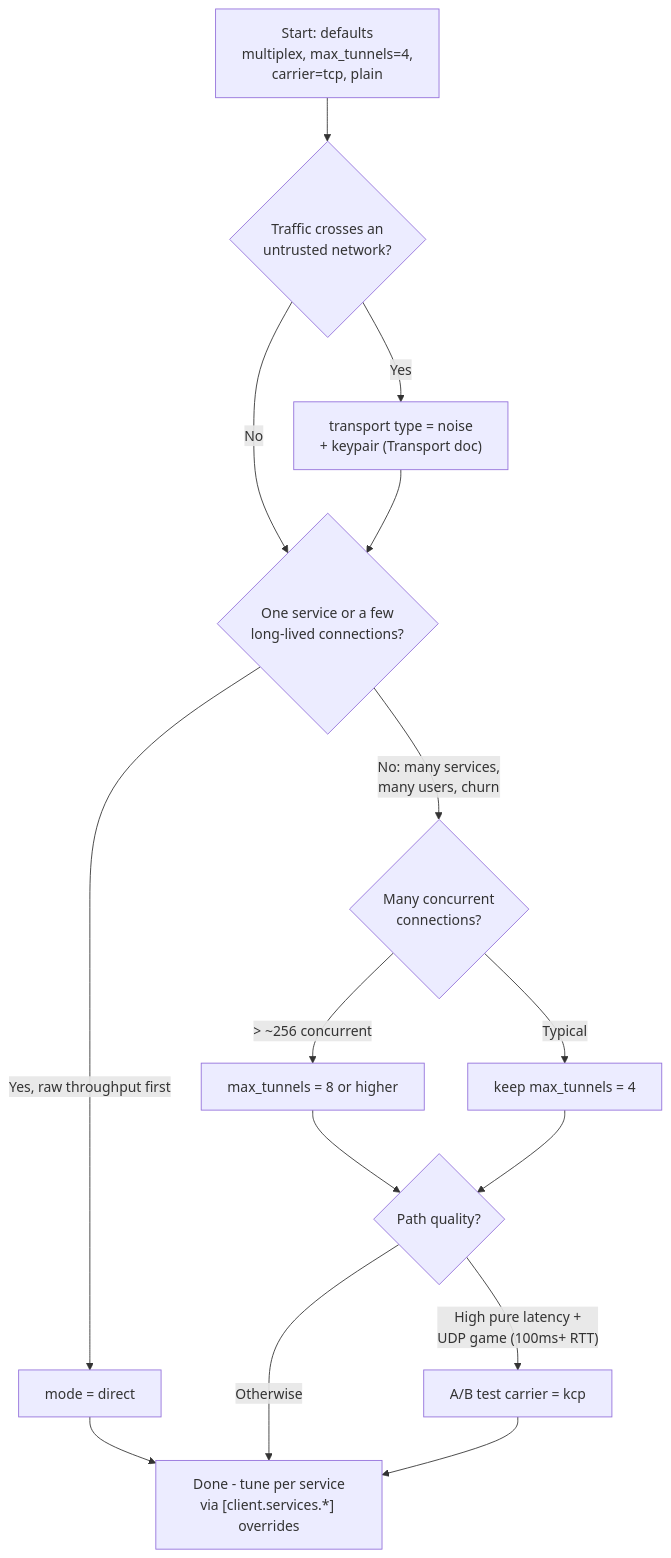
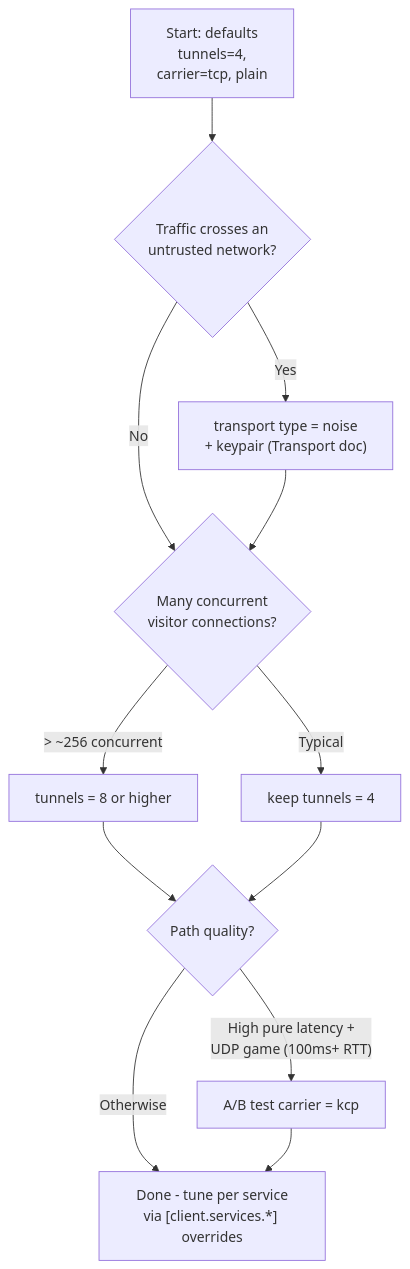
The diagram in docs/configuration.md (NIyueeE/molehill), drawn with Mermaid before and after one commit. The commit also changed other lines of this file and 42 other files, not shown here.

First line of the commit message:
feat(config)!: the pool is pinned, and a claim's flows spread over its members

````diff
--- a/docs/configuration.md
+++ b/docs/configuration.md
@@ -137,17 +160,14 @@
 ```mermaid
 flowchart TD
-    A["Start: defaults<br/>multiplex, max_tunnels=4,<br/>carrier=tcp, plain"] --> B{"Traffic crosses an<br/>untrusted network?"}
+    A["Start: defaults<br/>tunnels=4,<br/>carrier=tcp, plain"] --> B{"Traffic crosses an<br/>untrusted network?"}
     B -- Yes --> C["transport type = noise<br/>+ keypair (Transport doc)"]
-    B -- No --> D{"One service or a few<br/>long-lived connections?"}
+    B -- No --> D{"Many concurrent<br/>visitor connections?"}
     C --> D
-    D -- "Yes, raw throughput first" --> E["mode = direct"]
-    D -- "No: many services,<br/>many users, churn" --> F{"Many concurrent<br/>connections?"}
-    E --> Z["Done - tune per service<br/>via [client.services.*] overrides"]
-    F -- "> ~256 concurrent" --> G["max_tunnels = 8 or higher"]
-    F -- Typical --> H["keep max_tunnels = 4"]
+    D -- "> ~256 concurrent" --> G["tunnels = 8 or higher"]
+    D -- Typical --> H["keep tunnels = 4"]
     G --> I{"Path quality?"}
     H --> I
     I -- "High pure latency +<br/>UDP game (100ms+ RTT)" --> J["A/B test carrier = kcp"]
-    I -- Otherwise --> Z
+    I -- Otherwise --> Z["Done - tune per service<br/>via [client.services.*] overrides"]
     J --> Z
 ```
````
